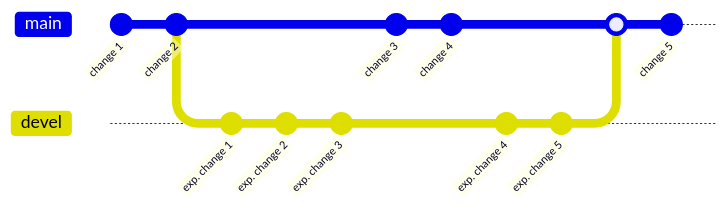
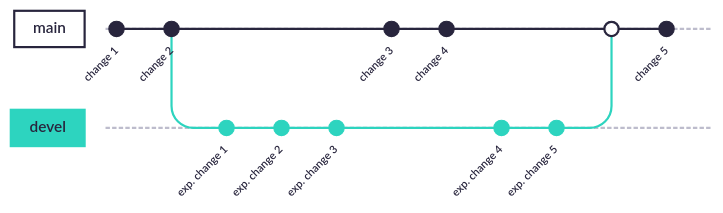
The ninth of 24 diagrams in src/git.md (abilandz/NAT3054), drawn with Mermaid before and after one commit. The commit also changed other lines of this file, not shown here.

Commit message:
switch to redux-color theme in gitGraphs, for better visibility in MkDocs

````diff
--- a/src/git.md
+++ b/src/git.md
@@ -365,18 +376,21 @@
 ```mermaid
-	gitGraph
-       commit id: "change 1"
-       commit id: "change 2"
-       branch devel
-       commit id: "exp. change 1"
-       commit id: "exp. change 2"
-       commit id: "exp. change 3"
-       checkout main
-       commit id: "change 3"
-       commit id: "change 4"
-       checkout devel
-       commit id: "exp. change 4"
-       commit id: "exp. change 5"
-       checkout main
-       merge devel
-       commit id: "change 5"
+%%{init: {
+  'theme': 'redux-color'
+}}%%
+gitGraph
+   commit id: "change 1"
+   commit id: "change 2"
+   branch devel
+   commit id: "exp. change 1"
+   commit id: "exp. change 2"
+   commit id: "exp. change 3"
+   checkout main
+   commit id: "change 3"
+   commit id: "change 4"
+   checkout devel
+   commit id: "exp. change 4"
+   commit id: "exp. change 5"
+   checkout main
+   merge devel
+   commit id: "change 5"
 ```
````
